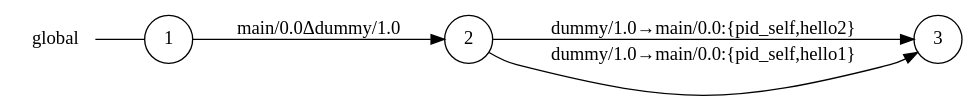
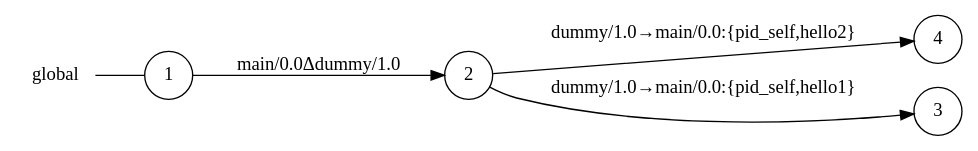
One commit to gabrielegenovese/chorer changed the diagram in examples/function-call/main_0_global_view.dot. Above: the diagram before and after it, drawn with Graphviz. The commit also changed 81 other files, not shown here.

```diff
--- a/examples/function-call/main_0_global_view.dot
+++ b/examples/function-call/main_0_global_view.dot
@@ -1,12 +1,13 @@
 digraph global {
 	rankdir="LR";
 	n_0 [label="global", shape="plaintext"];
 	n_1 [id="1", shape=circle, label="1"];
 	n_0 -> n_1 [arrowhead=none];
 	n_2 [id="2", shape=circle, label="2"];
-	n_3 [id="3", shape=circle, label="3"];
+	n_3 [id="4", shape=circle, label="4"];
+	n_4 [id="3", shape=circle, label="3"];
 
+	n_2 -> n_3 [id="[$e|2]", label="dummy/1.0→main/0.0:{pid_self,hello2}"];
+	n_2 -> n_4 [id="[$e|1]", label="dummy/1.0→main/0.0:{pid_self,hello1}"];
 	n_1 -> n_2 [id="[$e|0]", label="main/0.0Δdummy/1.0"];
-	n_2 -> n_3 [id="[$e|2]", label="dummy/1.0→main/0.0:{pid_self,hello2}"];
-	n_2 -> n_3 [id="[$e|1]", label="dummy/1.0→main/0.0:{pid_self,hello1}"];
 }
```
